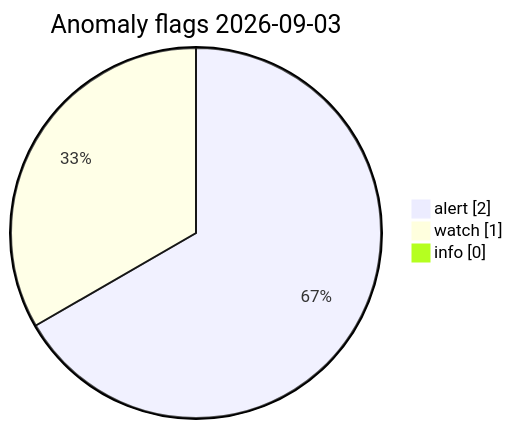
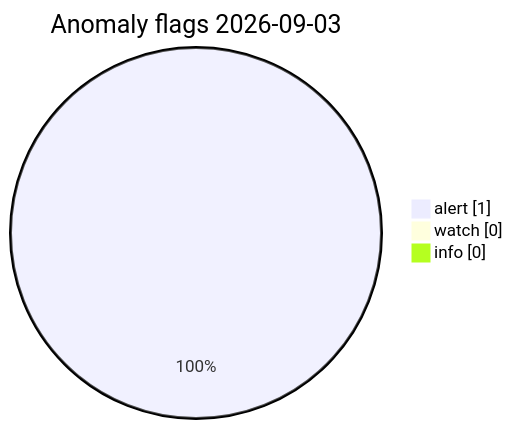
One commit to Midwest-Stratospheric/Unified-Open-Global-Weather changed the diagram in visuals/latest/CHARTS.md. Above: the diagram before and after it, drawn with Mermaid. The commit also changed other lines of this file and 13 other files, not shown here.

Commit message:
data(visuals): automated charts 2026-09-03T13:45Z

````diff
--- a/visuals/latest/CHARTS.md
+++ b/visuals/latest/CHARTS.md
@@ -73,7 +73,7 @@
 ```mermaid
 pie showData
   title Anomaly flags 2026-09-03
-  "alert" : 2
-  "watch" : 1
+  "alert" : 1
+  "watch" : 0
   "info" : 0
 ```
````
